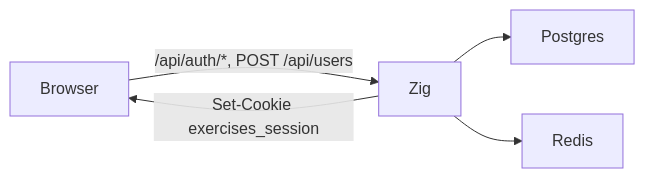
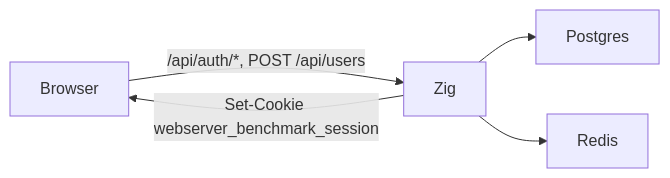
Before and after one commit to tiagoyamashita/webserver-benchmark: the seventh of 7 diagrams in apps/zig/README.md, drawn with Mermaid. The commit also changed other lines of this file and 130 other files, not shown here.

Commit message:
renamed the project to webserver benchmark

````diff
--- a/apps/zig/README.md
+++ b/apps/zig/README.md
@@ -395,7 +395,7 @@
 ```mermaid
 flowchart LR
     Browser -->|"/api/auth/*, POST /api/users"| Zig
     Zig --> Postgres
     Zig --> Redis
-    Zig -->|Set-Cookie exercises_session| Browser
+    Zig -->|Set-Cookie webserver_benchmark_session| Browser
 ```
````
